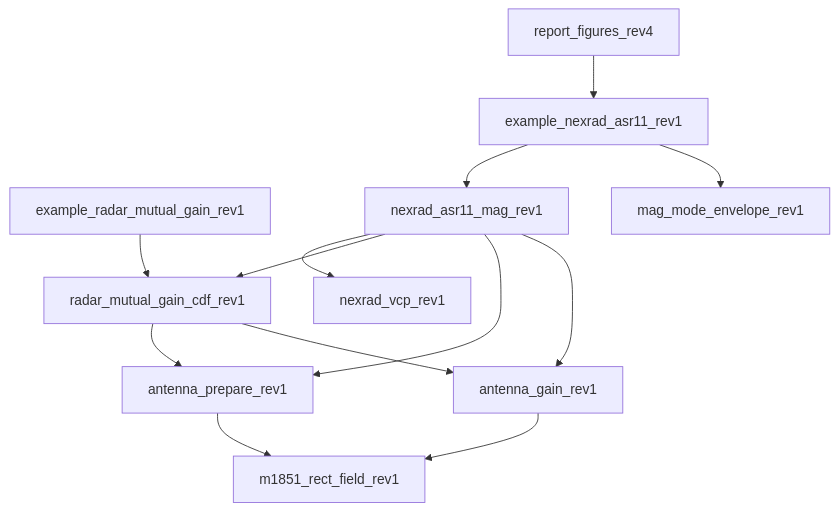
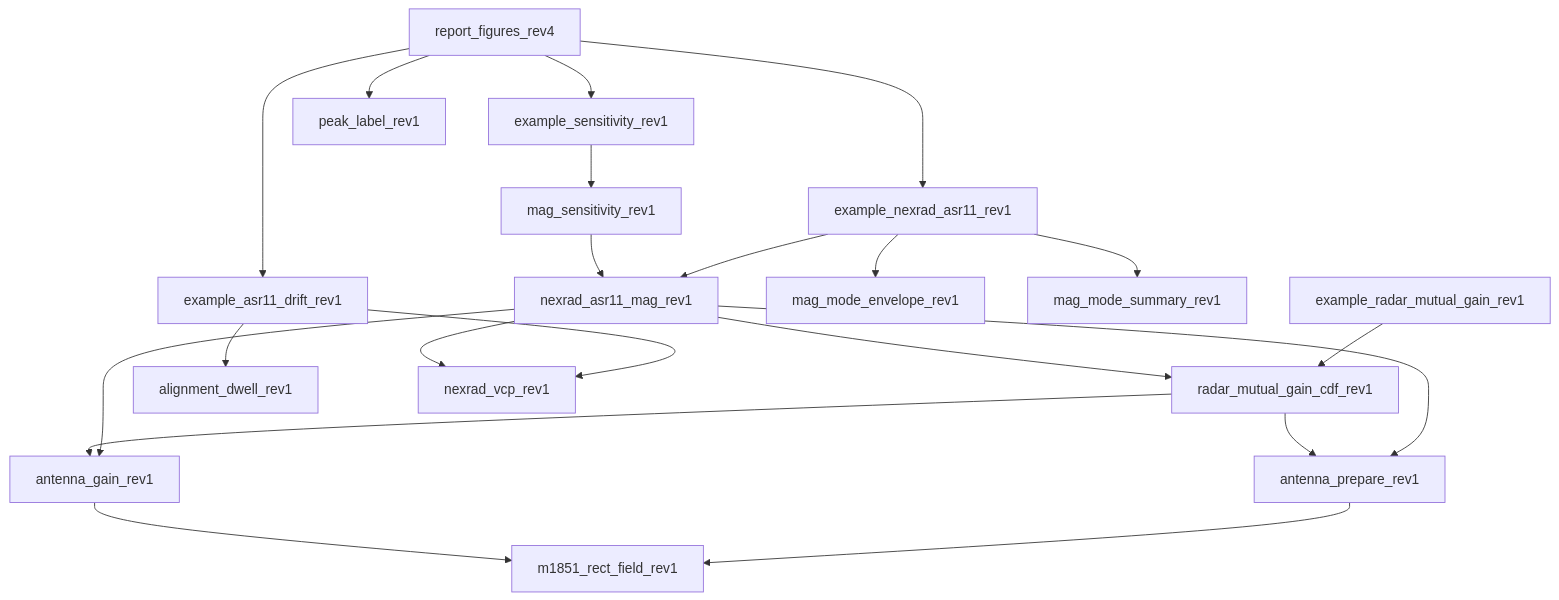
One commit to nicklasorte/mutual_antenna_gain changed the diagram in docs/mutual_antenna_gain_methodology_report_rev4.md. Above: the diagram before and after it, drawn with Mermaid. The commit also changed other lines of this file and 32 other files, not shown here.

First line of the commit message:
Rev4 report: antenna concerns, sensitivity, synchronization (draft; Figure 5 rerun pending)

````diff
--- a/docs/mutual_antenna_gain_methodology_report_rev4.md
+++ b/docs/mutual_antenna_gain_methodology_report_rev4.md
@@ -492,15 +657,23 @@
 ```mermaid
 graph TD
   E1[example_radar_mutual_gain_rev1] --> R[radar_mutual_gain_cdf_rev1]
   E2[example_nexrad_asr11_rev1] --> N[nexrad_asr11_mag_rev1]
   E2 --> ENV[mag_mode_envelope_rev1]
+  E2 --> SUM[mag_mode_summary_rev1]
   F[report_figures_rev4] --> E2
+  F --> ES[example_sensitivity_rev1]
+  F --> ED[example_asr11_drift_rev1]
+  F --> PL[peak_label_rev1]
+  ES --> MS[mag_sensitivity_rev1]
+  MS --> N
+  ED --> AD[alignment_dwell_rev1]
+  ED --> V
   N --> V[nexrad_vcp_rev1]
   N --> R
   N --> P[antenna_prepare_rev1]
   N --> G[antenna_gain_rev1]
   R --> P
   R --> G
   P --> M[m1851_rect_field_rev1]
   G --> M
 ```
````
